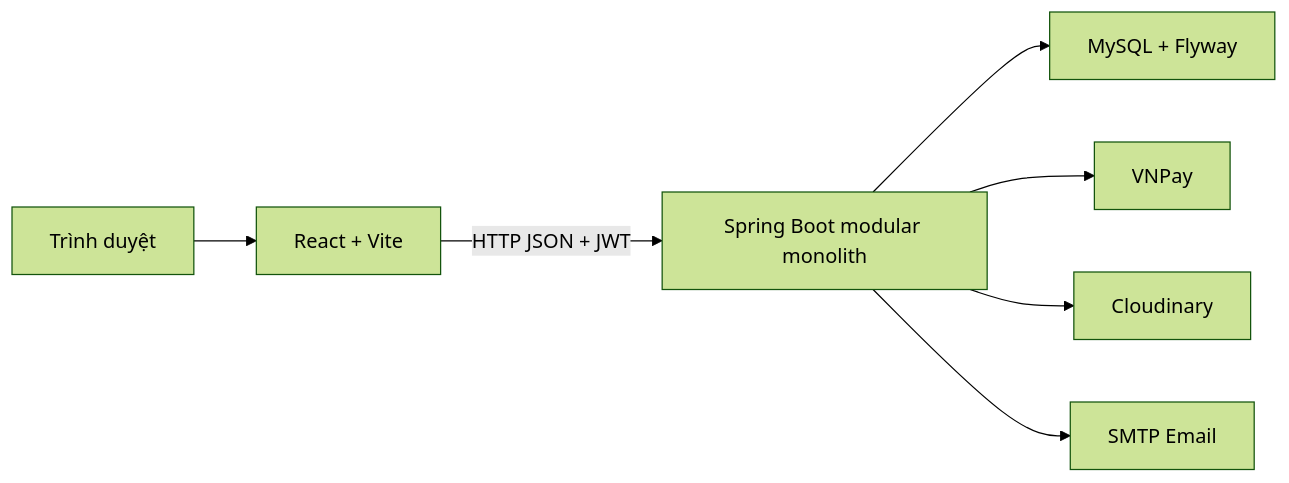
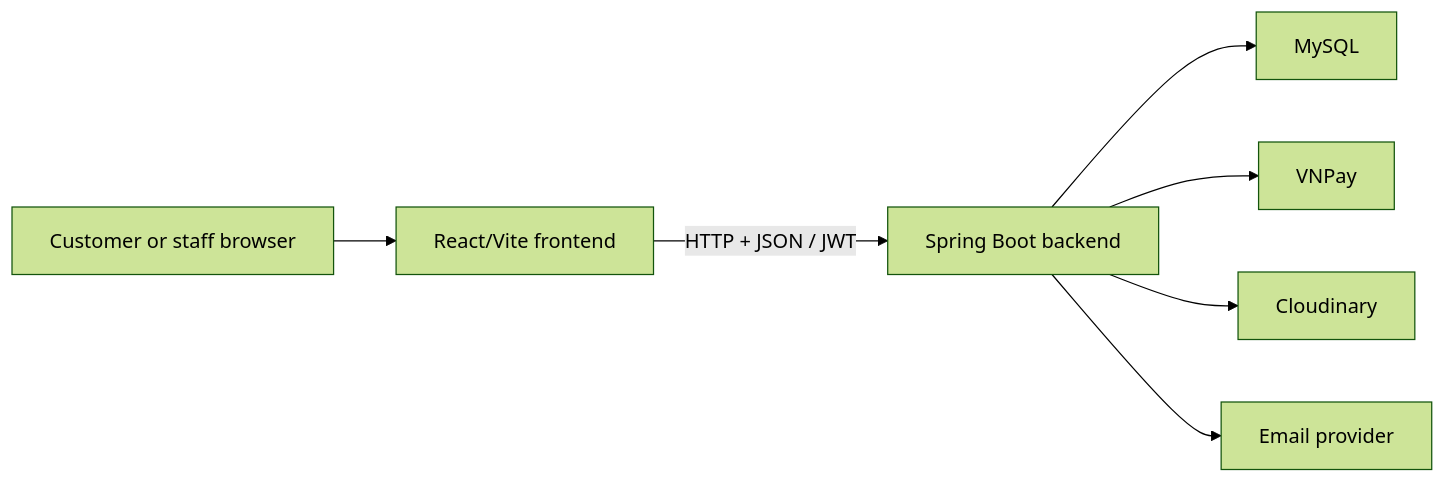
The diagram in README.md (HuyNguyxn/newToyStore), drawn with Mermaid (forest theme) before and after one commit. The commit also changed other lines of this file and 38 other files, not shown here.

````diff
--- a/README.md
+++ b/README.md
@@ -32,9 +24,9 @@
 ```mermaid
 flowchart LR
-    Browser["Trình duyệt"] --> Frontend["React + Vite"]
-    Frontend -->|"HTTP JSON + JWT"| Backend["Spring Boot modular monolith"]
-    Backend --> MySQL["MySQL + Flyway"]
+    Browser["Customer or staff browser"] --> Frontend["React/Vite frontend"]
+    Frontend -->|"HTTP + JSON / JWT"| Backend["Spring Boot backend"]
+    Backend --> Database["MySQL"]
     Backend --> VNPay["VNPay"]
     Backend --> Cloudinary["Cloudinary"]
-    Backend --> Mail["SMTP Email"]
+    Backend --> Mail["Email provider"]
 ```
````
